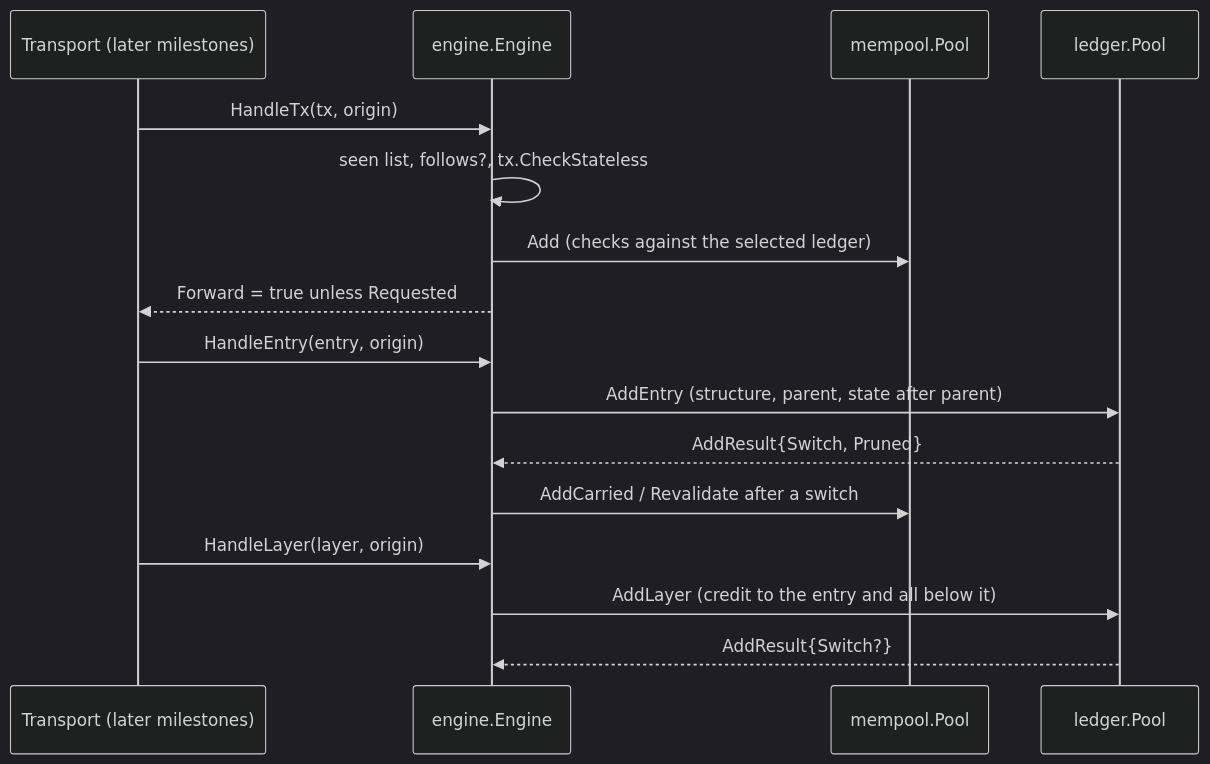
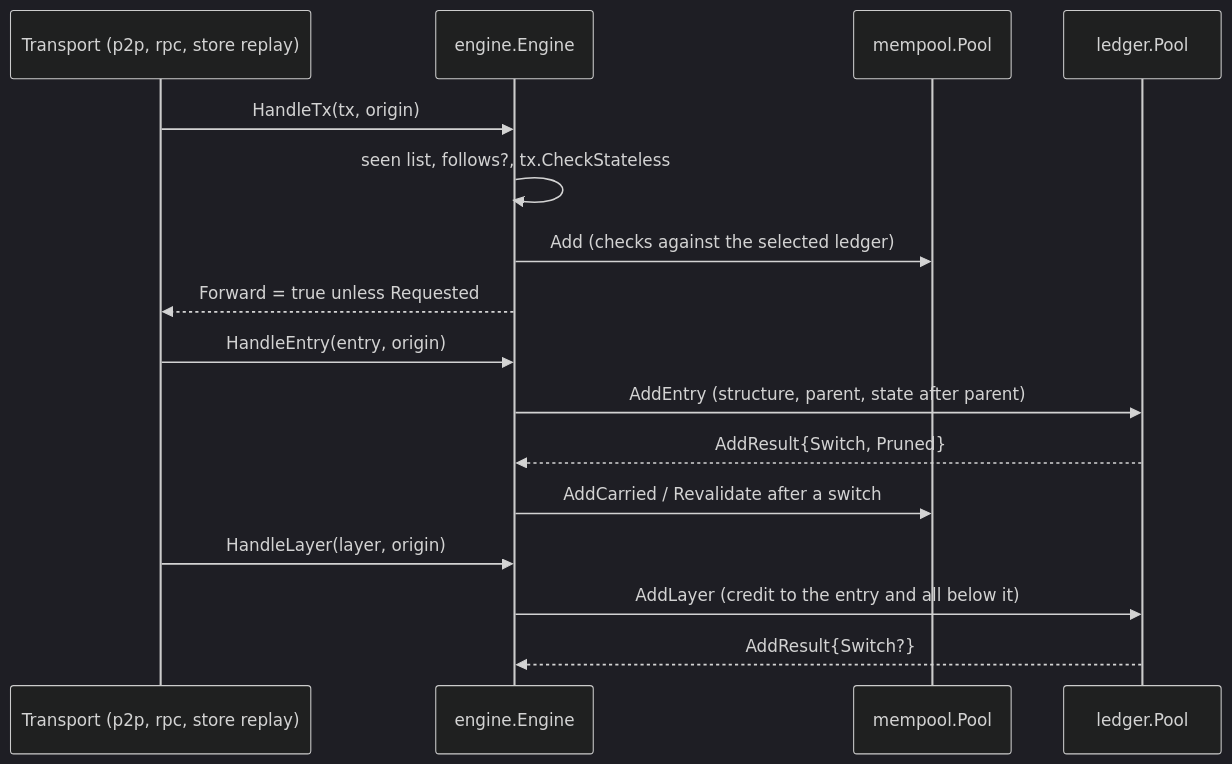
One commit to JogginTheNoggin/crypto-mint-net changed the second of 2 diagrams in docs/architecture.md. Above: the diagram before and after it, drawn with Mermaid (dark theme). The commit also changed other lines of this file and 15 other files, not shown here.

````diff
--- a/docs/architecture.md
+++ b/docs/architecture.md
@@ -86,18 +99,18 @@
 ```mermaid
 sequenceDiagram
-  participant T as Transport (later milestones)
+  participant T as Transport (p2p, rpc, store replay)
   participant E as engine.Engine
   participant M as mempool.Pool
   participant L as ledger.Pool
   T->>E: HandleTx(tx, origin)
   E->>E: seen list, follows?, tx.CheckStateless
   E->>M: Add (checks against the selected ledger)
   E-->>T: Forward = true unless Requested
   T->>E: HandleEntry(entry, origin)
   E->>L: AddEntry (structure, parent, state after parent)
   L-->>E: AddResult{Switch, Pruned}
   E->>M: AddCarried / Revalidate after a switch
   T->>E: HandleLayer(layer, origin)
   E->>L: AddLayer (credit to the entry and all below it)
   L-->>E: AddResult{Switch?}
 ```
````
